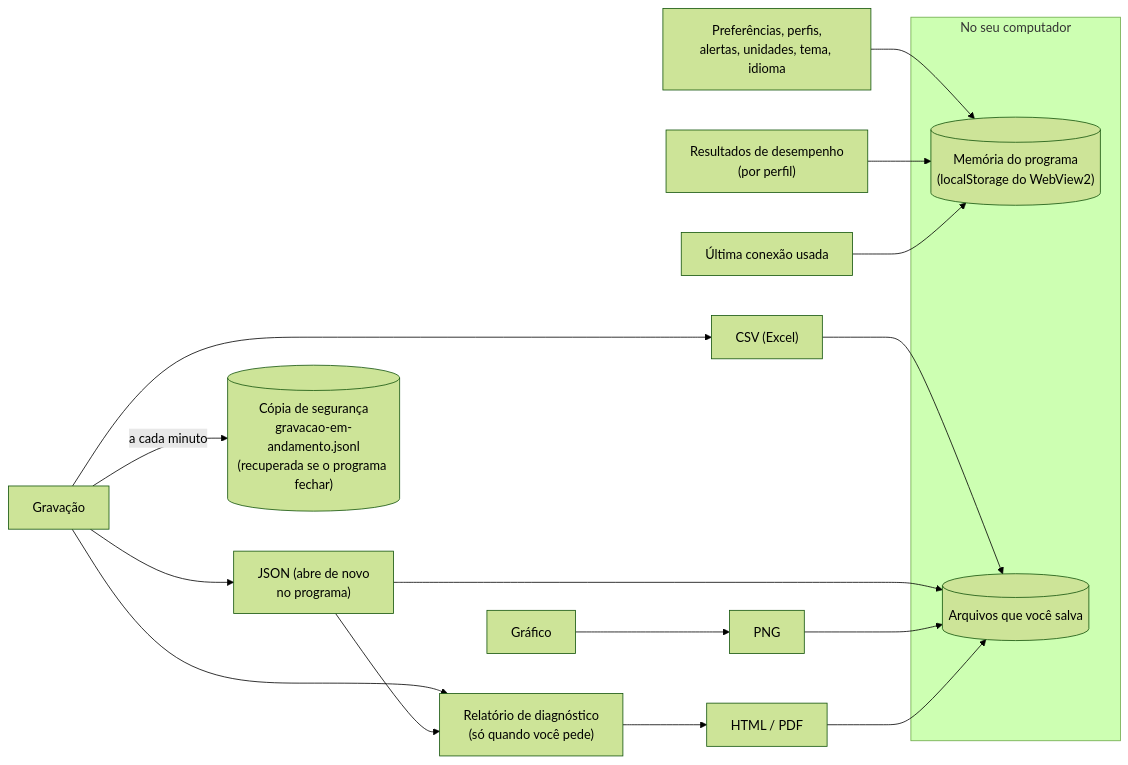
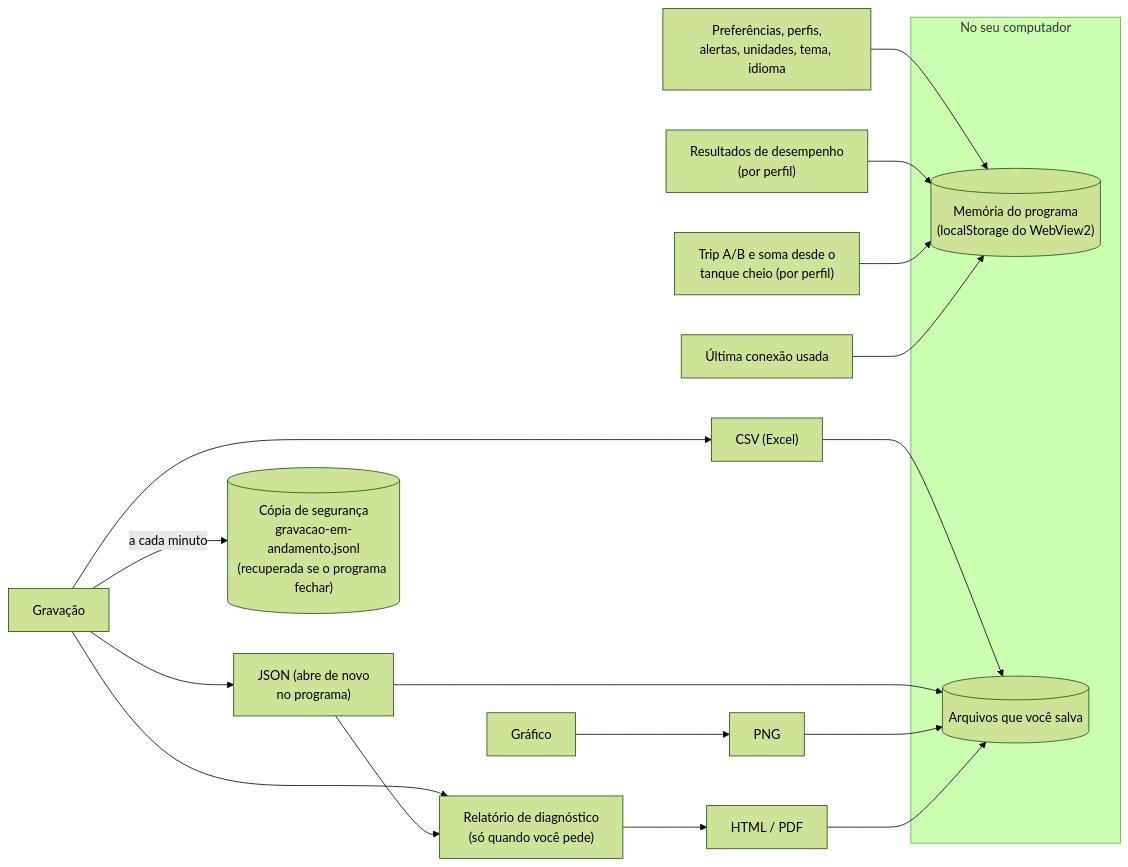
Diagram 12 of 15 in docs/DIAGRAMAS.md (samuvieceli/obd2-scanner), drawn with Mermaid (forest theme) before and after one commit. The commit also changed other lines of this file and 12 other files, not shown here.

````diff
--- a/docs/DIAGRAMAS.md
+++ b/docs/DIAGRAMAS.md
@@ -322,17 +344,18 @@
 ```mermaid
 flowchart LR
     subgraph pc["No seu computador"]
         ls[("Memória do programa<br/>(localStorage do WebView2)")]
         files[("Arquivos que você salva")]
     end
     prefs["Preferências, perfis,<br/>alertas, unidades, tema, idioma"] --> ls
     perfres["Resultados de desempenho<br/>(por perfil)"] --> ls
+    fillsum["Trip A/B e soma desde o<br/>tanque cheio (por perfil)"] --> ls
     conn["Última conexão usada"] --> ls
     rec["Gravação"] --> csv["CSV (Excel)"] & json["JSON (abre de novo<br/>no programa)"]
     rec -- "a cada minuto" --> backup[("Cópia de segurança<br/>gravacao-em-andamento.jsonl<br/>(recuperada se o programa fechar)")]
     chart["Gráfico"] --> png["PNG"]
     rec --> report["Relatório de diagnóstico<br/>(só quando você pede)"]
     json --> report
     report --> html["HTML / PDF"]
     csv & json & png & html --> files
 ```
````
